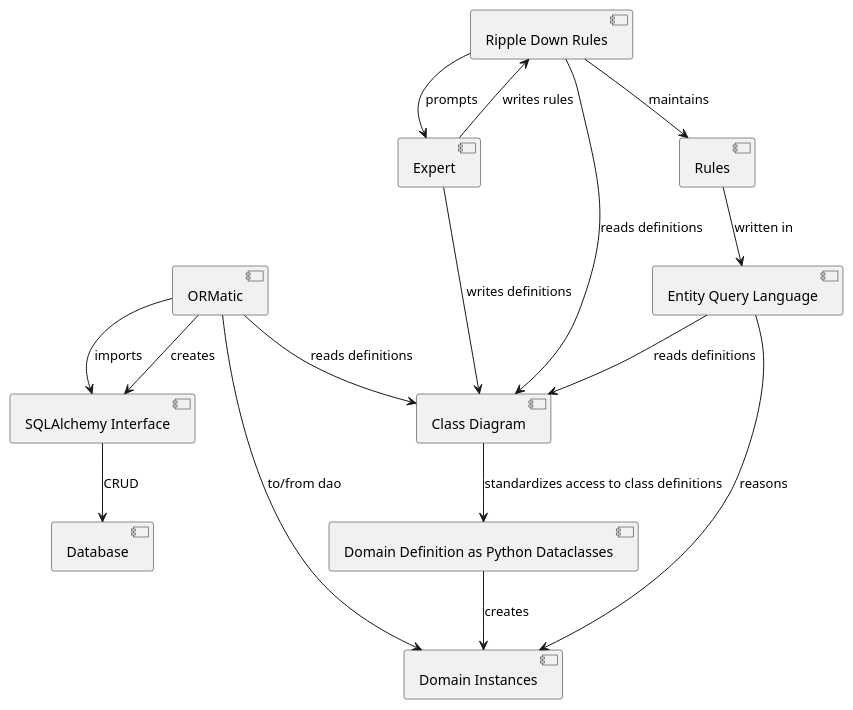
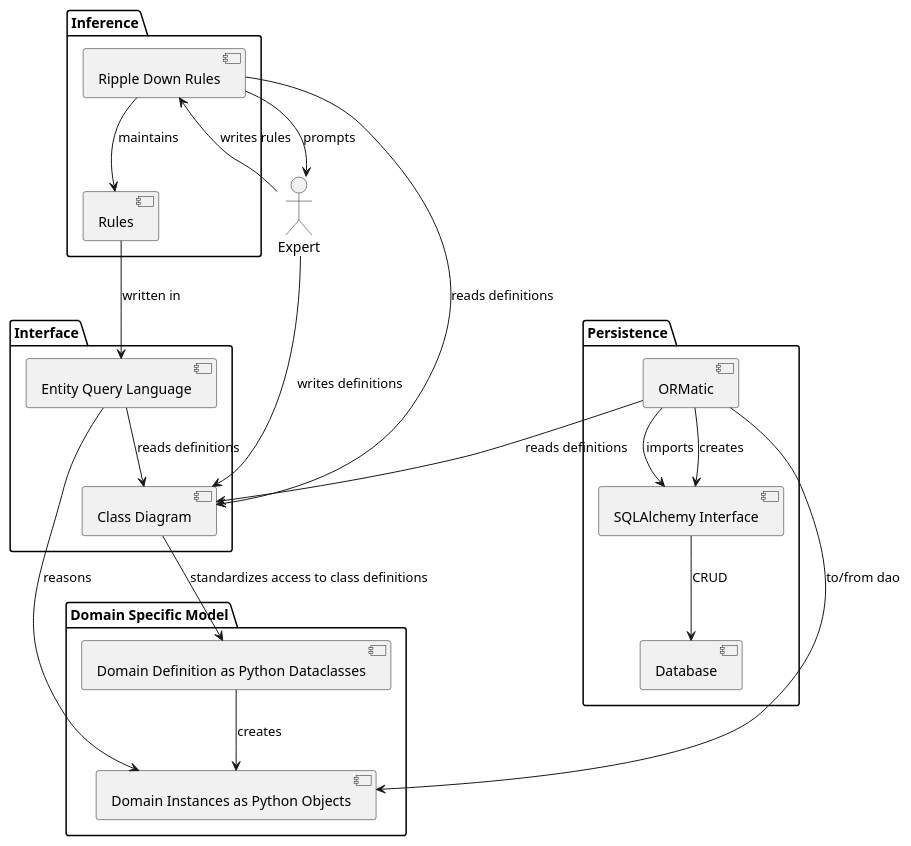
The diagram in doc/diagrams/krrood_overview.puml (tomsch420/krrood), drawn with PlantUML before and after one commit.

Commit message:
[Doc] First architectural overview draft

```diff
--- a/doc/diagrams/krrood_overview.puml
+++ b/doc/diagrams/krrood_overview.puml
@@ -1,49 +1,61 @@
 @startuml
 skinparam styleenclosing bold
 
 ' Define the components/nodes
+package "Persistence" {
 [ORMatic]
 [SQLAlchemy Interface]
 [Database]
-[Class Diagram]
-[Domain Definition as Python Dataclasses]
-[Domain Instances]
-[Expert]
+}
+
+package "Domain Specific Model" {
+    [Domain Definition as Python Dataclasses]
+    [Domain Instances as Python Objects]
+}
+
+
+:Expert:
+
+package "Inference" {
 [Ripple Down Rules]
 [Rules]
+}
+
+package "Interface" {
 [Entity Query Language]
-
+[Class Diagram]
+}
 ' Define the relationships (arrows and labels)
 
 ' ORMatic relationships
 [ORMatic] --> [SQLAlchemy Interface] : imports
 [ORMatic] --> [SQLAlchemy Interface] : creates
 [ORMatic] --> [Class Diagram] : reads definitions
-[ORMatic] --> [Domain Instances] : to/from dao
+[ORMatic] --> [Domain Instances as Python Objects] : to/from dao
 
 ' SQLAlchemy Interface relationship
 [SQLAlchemy Interface] --> [Database] : CRUD
 
 ' Class Diagram relationships
 [Class Diagram] --> [Domain Definition as Python Dataclasses] : standardizes access to class definitions
 
 ' Domain Definition as Python Dataclasses relationships
-[Domain Definition as Python Dataclasses] --> [Domain Instances] : creates
+[Domain Definition as Python Dataclasses] --> [Domain Instances as Python Objects] : creates
 
 ' Expert relationships
-[Expert] --> [Ripple Down Rules] : writes rules
-[Expert] --> [Class Diagram] : writes definitions
+:Expert: --> [Ripple Down Rules] : writes rules
+:Expert: --> [Class Diagram] : writes definitions
 
 ' Ripple Down Rules relationships
 [Ripple Down Rules] --> [Rules] : maintains
 [Ripple Down Rules] --> [Class Diagram] : reads definitions
-[Ripple Down Rules] --> [Expert] : prompts
+[Ripple Down Rules] --> :Expert: : prompts
 
 ' Rules relationships
 [Rules] --> [Entity Query Language] : written in
 
 ' Entity Query Language relationship
-[Entity Query Language] --> [Domain Instances] : reasons
+[Entity Query Language] --> [Domain Instances as Python Objects] : reasons
 [Entity Query Language] --> [Class Diagram] : reads definitions
 
 @enduml
```
